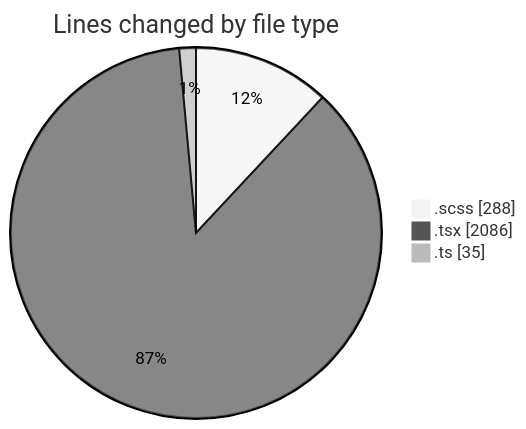
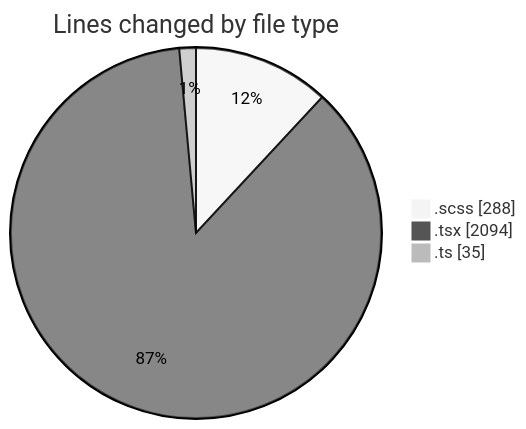
The first of 2 diagrams in 2025-02-10/cda/README.md (momahboobian/code-tracking), drawn with Mermaid (neutral theme) before and after one commit. The commit also changed other lines of this file and 1 other file, not shown here.

````diff
--- a/2025-02-10/cda/README.md
+++ b/2025-02-10/cda/README.md
@@ -25,7 +25,7 @@
 ```mermaid
 pie showData
 title Lines changed by file type
 ".scss" : 288
-".tsx" : 2086
+".tsx" : 2094
 ".ts" : 35
 ```
````
